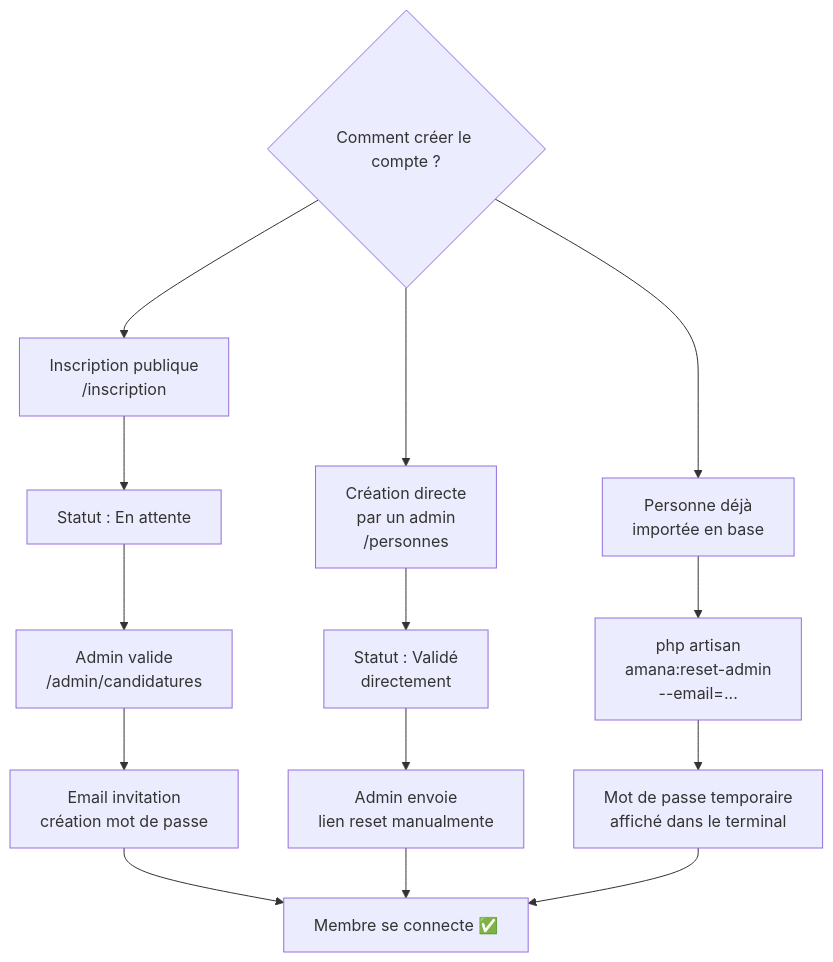
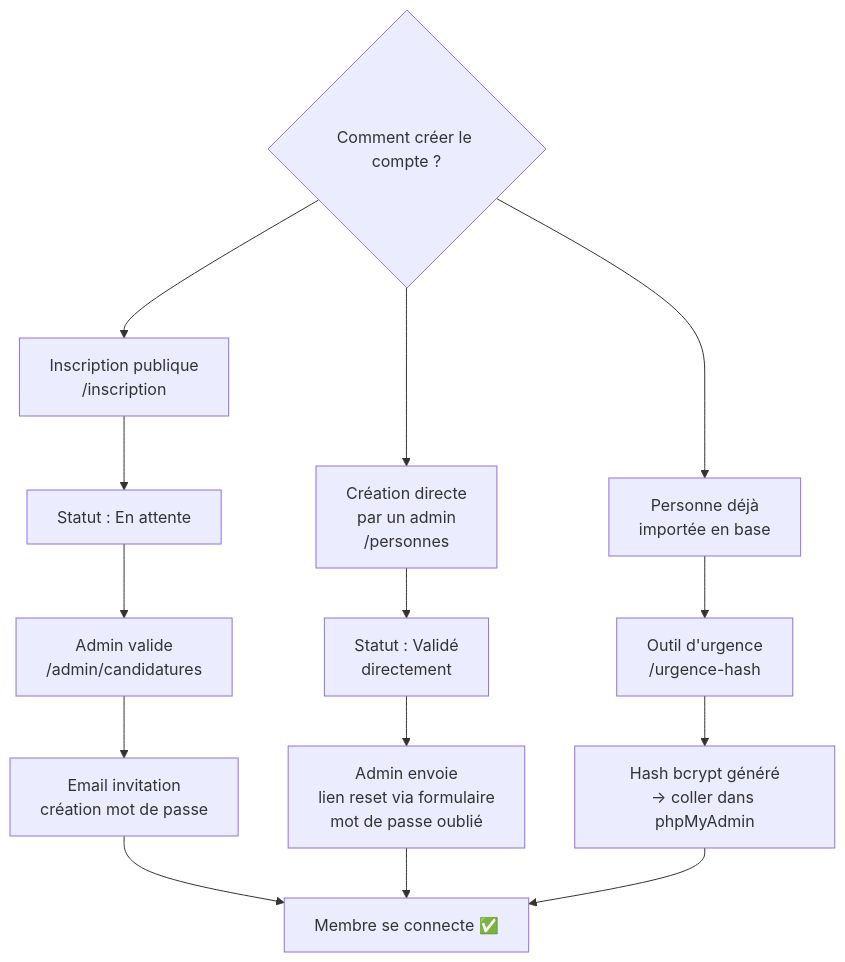
One commit to Djallel93/amana_web_planning changed the seventh of 12 diagrams in README.md. Above: the diagram before and after it, drawn with Mermaid. The commit also changed other lines of this file and 18 other files, not shown here.

First line of the commit message:
feat: add emergency tool for bcrypt hash generation and SMTP diagnostic feature

````diff
--- a/README.md
+++ b/README.md
@@ -402,20 +403,20 @@
 ```mermaid
 flowchart TD
     A{Comment créer le compte ?} --> B[Inscription publique\n/inscription]
     A --> C[Création directe\npar un admin\n/personnes]
     A --> D[Personne déjà\nimportée en base]
 
     B --> E[Statut : En attente]
     E --> F[Admin valide\n/admin/candidatures]
     F --> G[Email invitation\ncréation mot de passe]
 
     C --> H[Statut : Validé\ndirectement]
-    H --> I[Admin envoie\nlien reset manualmente]
+    H --> I[Admin envoie\nlien reset via formulaire\nmot de passe oublié]
 
-    D --> J[php artisan\namana:reset-admin\n--email=...]
-    J --> K[Mot de passe temporaire\naffiché dans le terminal]
+    D --> J[Outil d'urgence\n/urgence-hash]
+    J --> K[Hash bcrypt généré\n→ coller dans phpMyAdmin]
 
     G --> L[Membre se connecte ✅]
     I --> L
     K --> L
 ```
````
